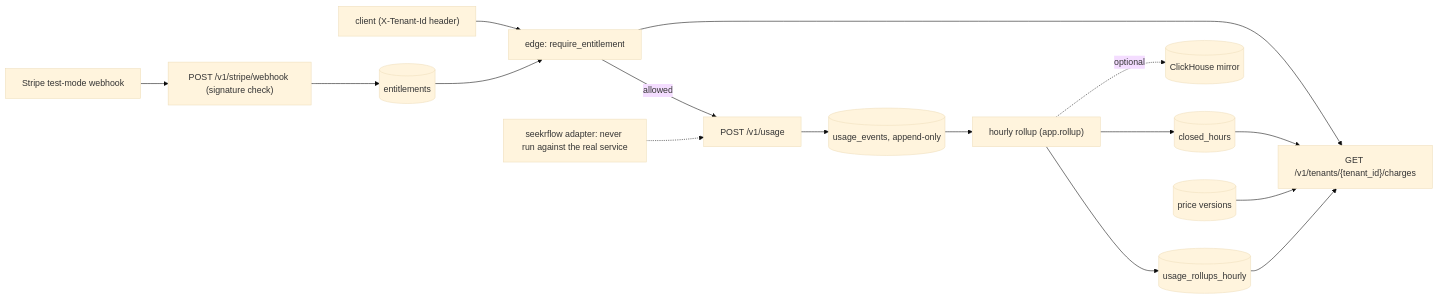
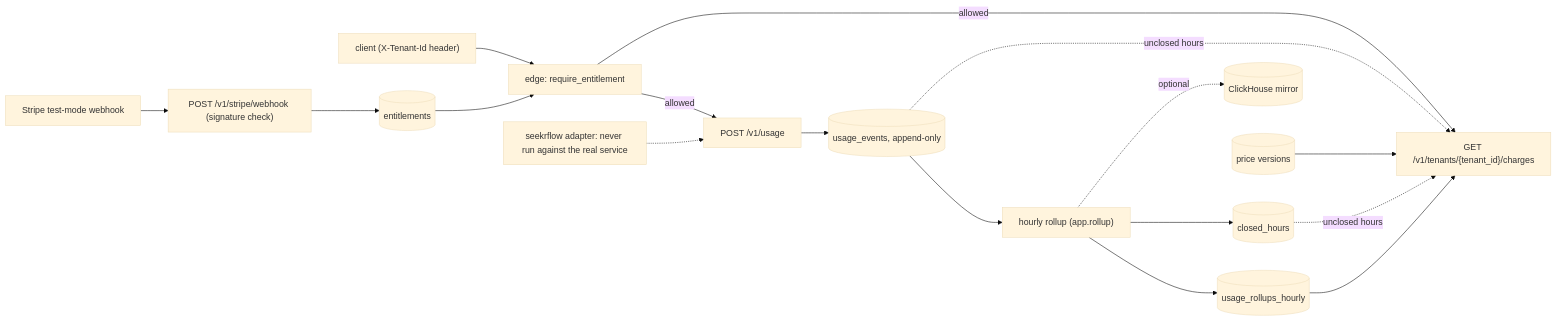
The diagram in README.md (bryankthompson/usage-metering-service), drawn with Mermaid (base theme) before and after one commit.

Commit message:
docs: README diagram shows charges reading usage_events and closed_hours for unclosed hours
🤖 Generated with [Claude Code](https://claude.com/claude-code)

````diff
--- a/README.md
+++ b/README.md
@@ -11,18 +11,19 @@
 ```mermaid
 flowchart LR
     client["client (X-Tenant-Id header)"] --> edge["edge: require_entitlement"]
     edge -->|allowed| ingest["POST /v1/usage"]
     ingest --> events[("usage_events, append-only")]
     events --> rollup["hourly rollup (app.rollup)"]
     rollup --> rollups[("usage_rollups_hourly")]
     rollup --> closed[("closed_hours")]
     rollup -.->|optional| ch[("ClickHouse mirror")]
     rollups --> charges["GET /v1/tenants/{tenant_id}/charges"]
-    closed --> charges
+    closed -.->|unclosed hours| charges
+    events -.->|unclosed hours| charges
     prices[("price versions")] --> charges
-    edge --> charges
+    edge -->|allowed| charges
     stripe["Stripe test-mode webhook"] --> hook["POST /v1/stripe/webhook (signature check)"]
     hook --> ent[("entitlements")]
     ent --> edge
     adapter["seekrflow adapter: never run against the real service"] -.-> ingest
 ```
````
